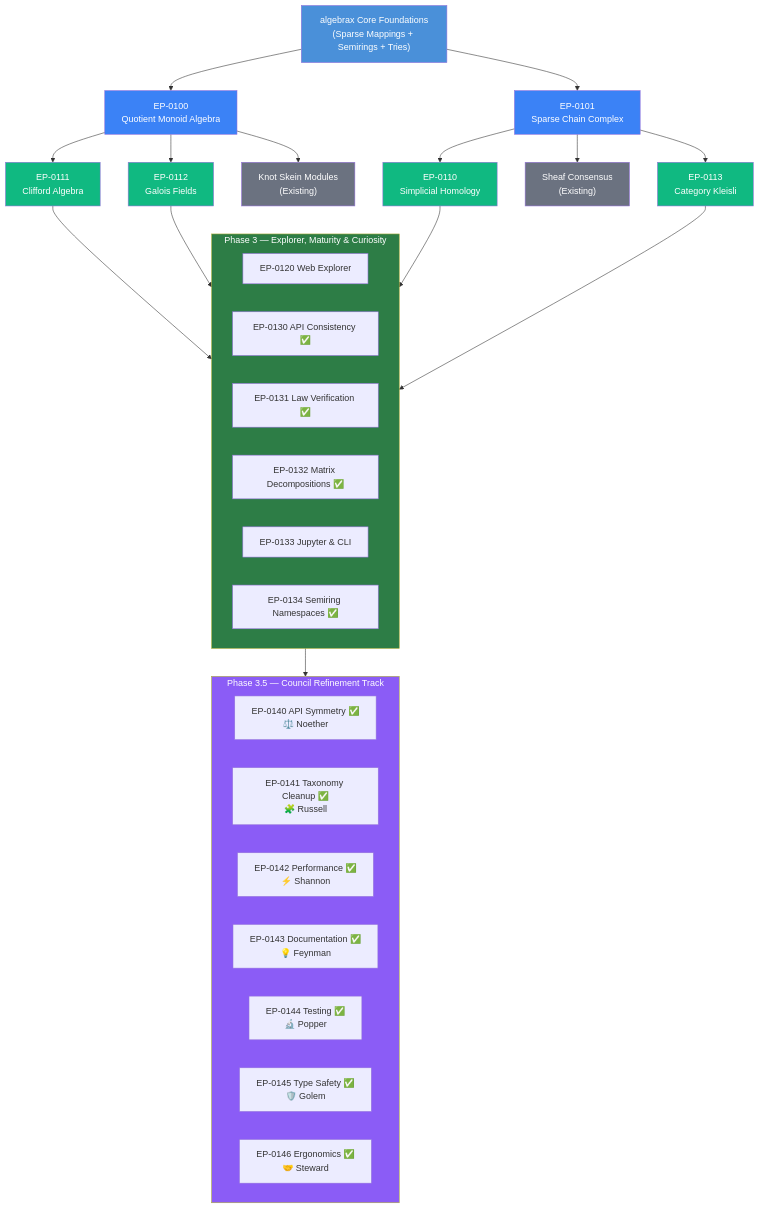
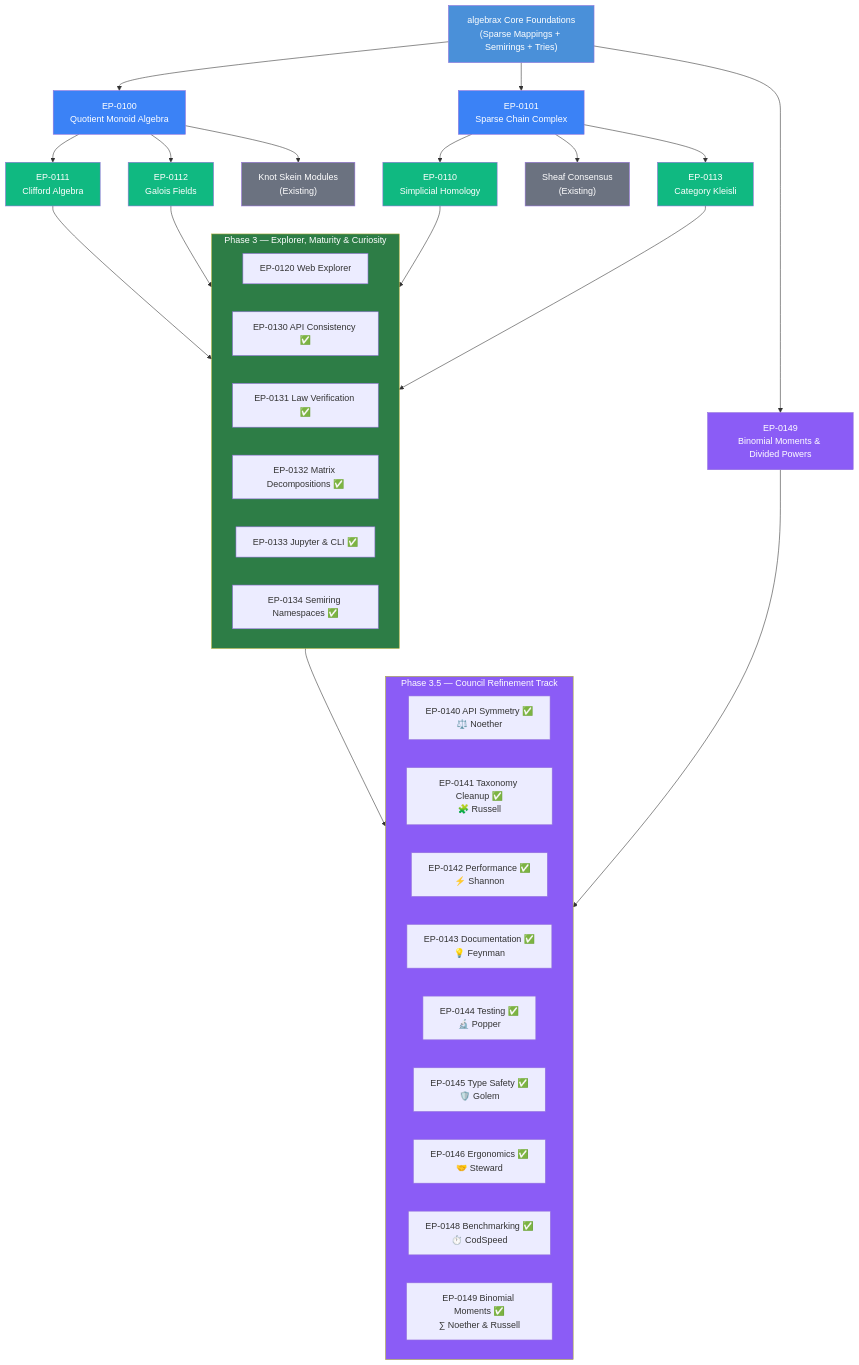
The diagram in docs/proposals/EP-0099-expansion-roadmap.md (erivlis/algebrax), drawn with Mermaid before and after one commit. The commit also changed other lines of this file, not shown here.

First line of the commit message:
docs(EP-0099): Update expansion roadmap with finalized Phase 3.5 proposals and new modules

````diff
--- a/docs/proposals/EP-0099-expansion-roadmap.md
+++ b/docs/proposals/EP-0099-expansion-roadmap.md
@@ -31,53 +33,58 @@
 ```mermaid
 flowchart TD
     CORE["algebrax Core Foundations\n(Sparse Mappings + Semirings + Tries)"]
 
     CORE --> EP0100["EP-0100\nQuotient Monoid Algebra"]
     CORE --> EP0101["EP-0101\nSparse Chain Complex"]
+    CORE --> EP0149["EP-0149\nBinomial Moments & Divided Powers"]
 
     EP0100 --> EP0111["EP-0111\nClifford Algebra"]
     EP0100 --> EP0112["EP-0112\nGalois Fields"]
     EP0100 --> KNOT["Knot Skein Modules\n(Existing)"]
 
     EP0101 --> EP0110["EP-0110\nSimplicial Homology"]
     EP0101 --> SHEAF["Sheaf Consensus\n(Existing)"]
     EP0101 --> EP0113["EP-0113\nCategory Kleisli"]
 
     EP0110 --> P3
     EP0111 --> P3
     EP0112 --> P3
     EP0113 --> P3
+    EP0149 --> P35
 
     subgraph P3["Phase 3 — Explorer, Maturity & Curiosity"]
         EP0120["EP-0120 Web Explorer"]
         EP0130["EP-0130 API Consistency ✅"]
         EP0131["EP-0131 Law Verification ✅"]
         EP0132["EP-0132 Matrix Decompositions ✅"]
-        EP0133["EP-0133 Jupyter & CLI"]
+        EP0133["EP-0133 Jupyter & CLI ✅"]
         EP0134["EP-0134 Semiring Namespaces ✅"]
     end
 
     P3 --> P35
 
     subgraph P35["Phase 3.5 — Council Refinement Track"]
         EP0140["EP-0140 API Symmetry ✅\n⚖️ Noether"]
         EP0141["EP-0141 Taxonomy Cleanup ✅\n🧩 Russell"]
         EP0142["EP-0142 Performance ✅\n⚡ Shannon"]
         EP0143["EP-0143 Documentation ✅\n💡 Feynman"]
         EP0144["EP-0144 Testing ✅\n🔬 Popper"]
         EP0145["EP-0145 Type Safety ✅\n🛡️ Golem"]
         EP0146["EP-0146 Ergonomics ✅\n🤝 Steward"]
+        EP0148["EP-0148 Benchmarking ✅\n⏱️ CodSpeed"]
+        EP0149_N["EP-0149 Binomial Moments ✅\n∑ Noether & Russell"]
     end
 
     style CORE fill:#4a90d9,color:#fff
     style P3 fill:#2d7d46,color:#fff
     style P35 fill:#8b5cf6,color:#fff
     style EP0100 fill:#3b82f6,color:#fff
     style EP0101 fill:#3b82f6,color:#fff
     style EP0110 fill:#10b981,color:#fff
     style EP0111 fill:#10b981,color:#fff
     style EP0112 fill:#10b981,color:#fff
     style EP0113 fill:#10b981,color:#fff
+    style EP0149 fill:#8b5cf6,color:#fff
     style KNOT fill:#6b7280,color:#fff
     style SHEAF fill:#6b7280,color:#fff
 ```
````
